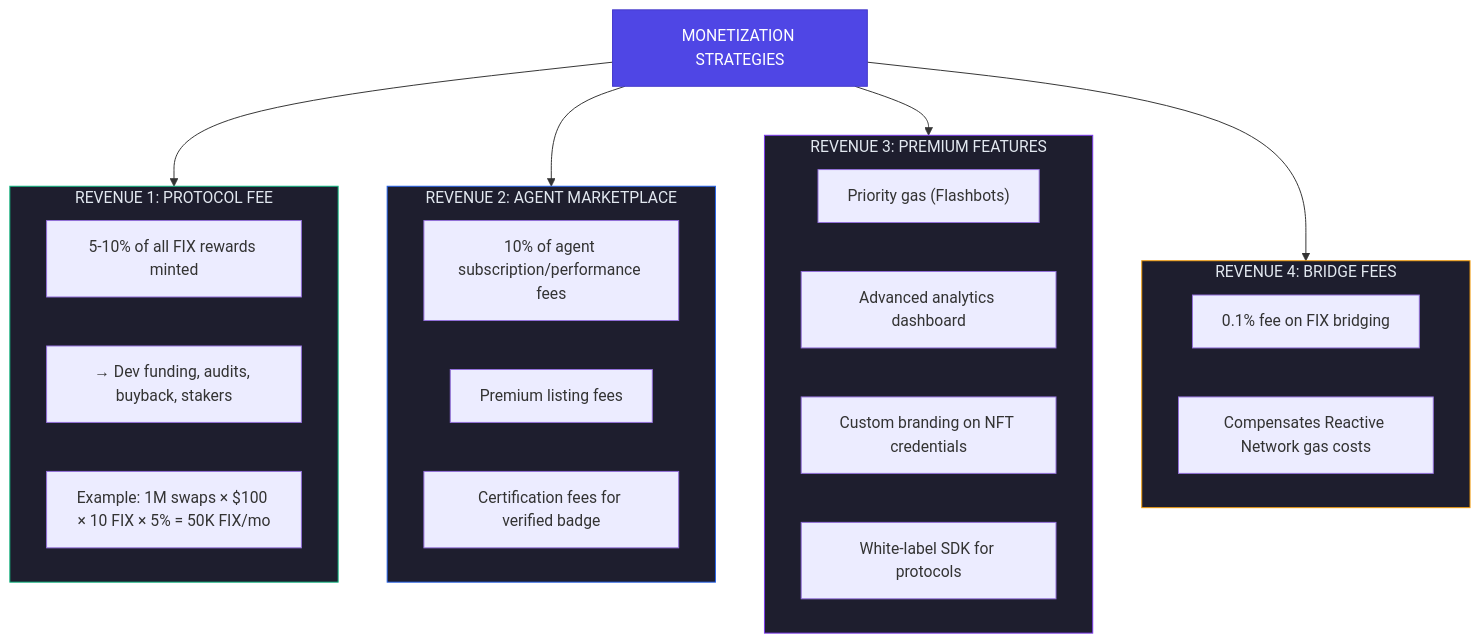
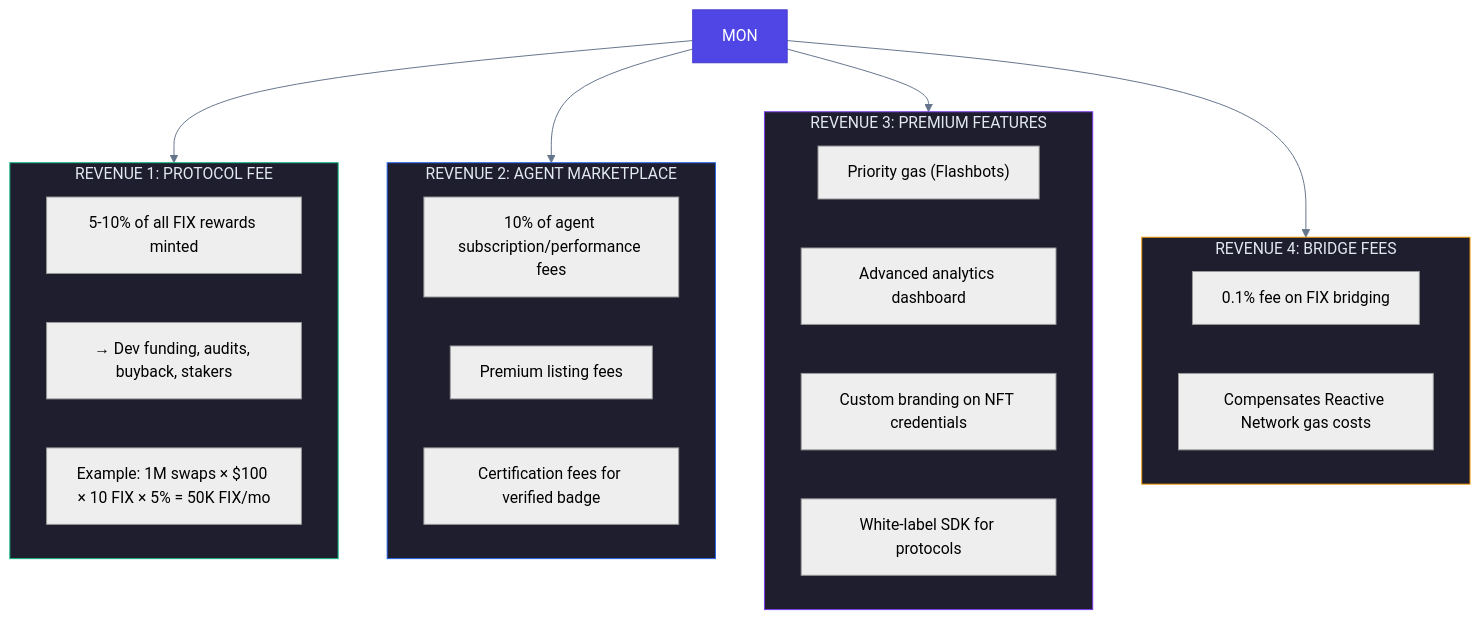
One commit to guglxni/the-fixer-hook changed diagram 11 of 13 in docs/ENHANCEMENT_BRAINSTORM.md. Above: the diagram before and after it, drawn with Mermaid. The commit also changed other lines of this file and 514 other files, not shown here.

Commit message:
Clean docs: remove emojis, add professional mermaid styling

````diff
--- a/docs/ENHANCEMENT_BRAINSTORM.md
+++ b/docs/ENHANCEMENT_BRAINSTORM.md
@@ -679,38 +646,33 @@
 ```mermaid
+%%{init: {'theme': 'neutral', 'themeVariables': { 'primaryColor': '#2563eb', 'primaryTextColor': '#1e293b', 'primaryBorderColor': '#3b82f6', 'lineColor': '#64748b', 'secondaryColor': '#f1f5f9', 'tertiaryColor': '#e2e8f0'}}}%%
 flowchart TD
-    MON["MONETIZATION STRATEGIES"]
     MON --> R1
     MON --> R2
     MON --> R3
     MON --> R4
-
     subgraph R1["REVENUE 1: PROTOCOL FEE"]
         R1A["5-10% of all FIX rewards minted"]
         R1B["→ Dev funding, audits, buyback, stakers"]
         R1C["Example: 1M swaps × $100 × 10 FIX × 5% = 50K FIX/mo"]
     end
-
     subgraph R2["REVENUE 2: AGENT MARKETPLACE"]
         R2A["10% of agent subscription/performance fees"]
         R2B["Premium listing fees"]
         R2C["Certification fees for verified badge"]
     end
-
     subgraph R3["REVENUE 3: PREMIUM FEATURES"]
         R3A["Priority gas (Flashbots)"]
         R3B["Advanced analytics dashboard"]
         R3C["Custom branding on NFT credentials"]
         R3D["White-label SDK for protocols"]
     end
-
     subgraph R4["REVENUE 4: BRIDGE FEES"]
         R4A["0.1% fee on FIX bridging"]
         R4B["Compensates Reactive Network gas costs"]
     end
-
     style MON fill:#4F46E5,color:#FFFFFF,stroke:#4338CA
     style R1 fill:#1E1E2E,color:#E2E8F0,stroke:#10B981
     style R2 fill:#1E1E2E,color:#E2E8F0,stroke:#2563EB
     style R3 fill:#1E1E2E,color:#E2E8F0,stroke:#7C3AED
     style R4 fill:#1E1E2E,color:#E2E8F0,stroke:#F59E0B
 ```
````
